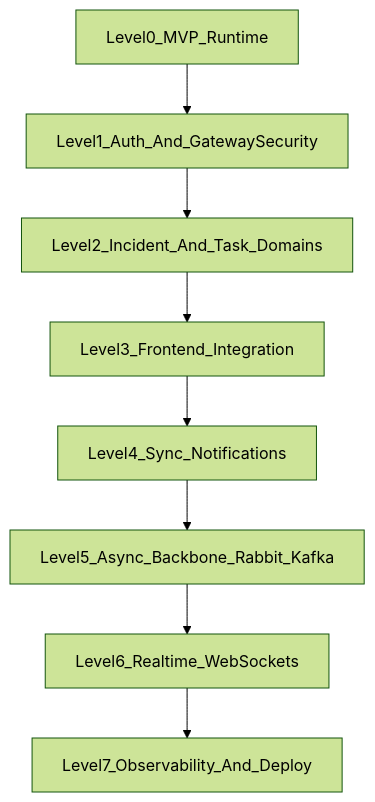
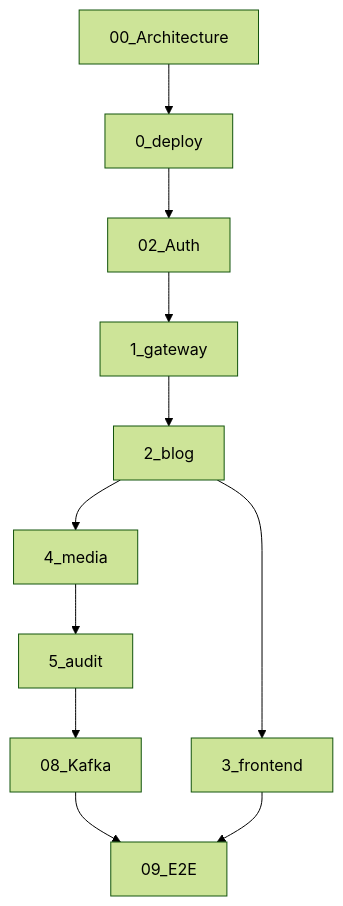
One commit to mc44/blog-cms-microservices changed the diagram in docs/learning/README.md. Above: the diagram before and after it, drawn with Mermaid (forest theme). The commit also changed other lines of this file and 169 other files, not shown here.

````diff
--- a/docs/learning/README.md
+++ b/docs/learning/README.md
@@ -39,10 +44,18 @@
 ```mermaid
 flowchart TD
-  level0[Level0_MVP_Runtime] --> level1[Level1_Auth_And_GatewaySecurity]
-  level1 --> level2[Level2_Incident_And_Task_Domains]
-  level2 --> level3[Level3_Frontend_Integration]
-  level3 --> level4[Level4_Sync_Notifications]
-  level4 --> level5[Level5_Async_Backbone_Rabbit_Kafka]
-  level5 --> level6[Level6_Realtime_WebSockets]
-  level6 --> level7[Level7_Observability_And_Deploy]
+  m00[00_Architecture]
+  f0[0_deploy]
+  m02[02_Auth]
+  f1[1_gateway]
+  f2[2_blog]
+  f3[3_frontend]
+  f4[4_media]
+  f5[5_audit]
+  m08[08_Kafka]
+  m09[09_E2E]
+
+  m00 --> f0 --> m02 --> f1 --> f2 --> f3
+  f2 --> f4 --> f5
+  f5 --> m08 --> m09
+  f3 --> m09
 ```
````
